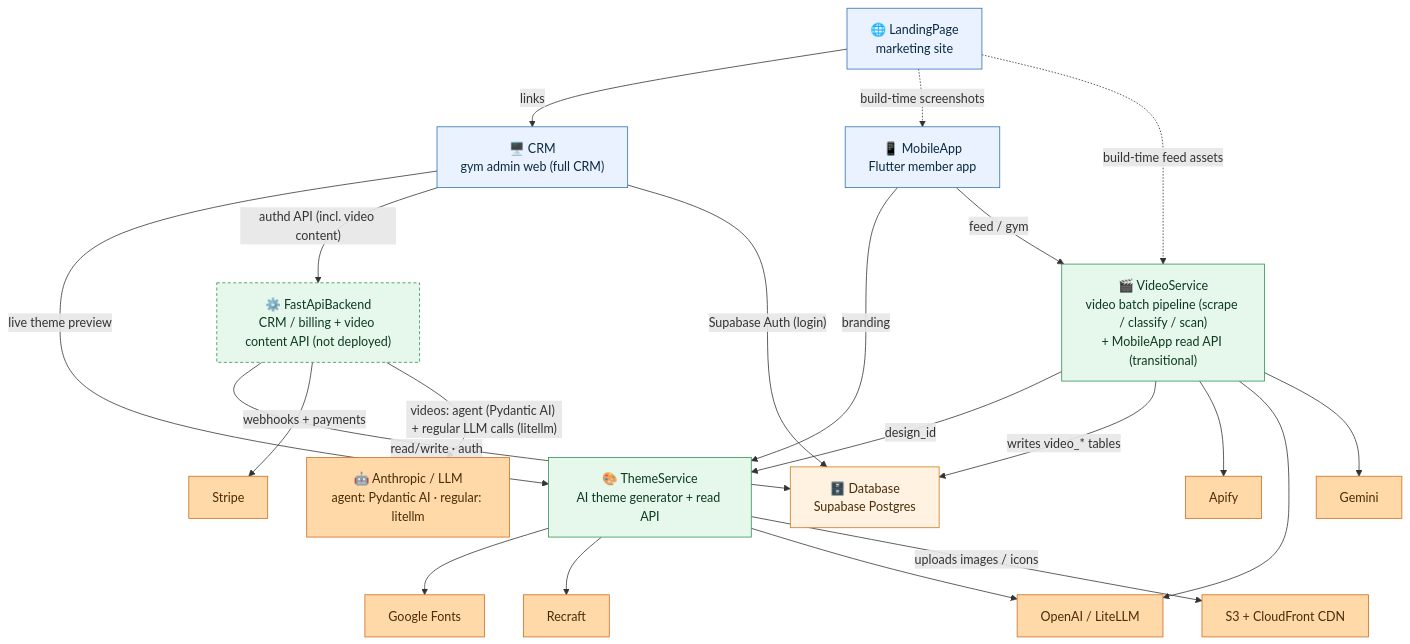
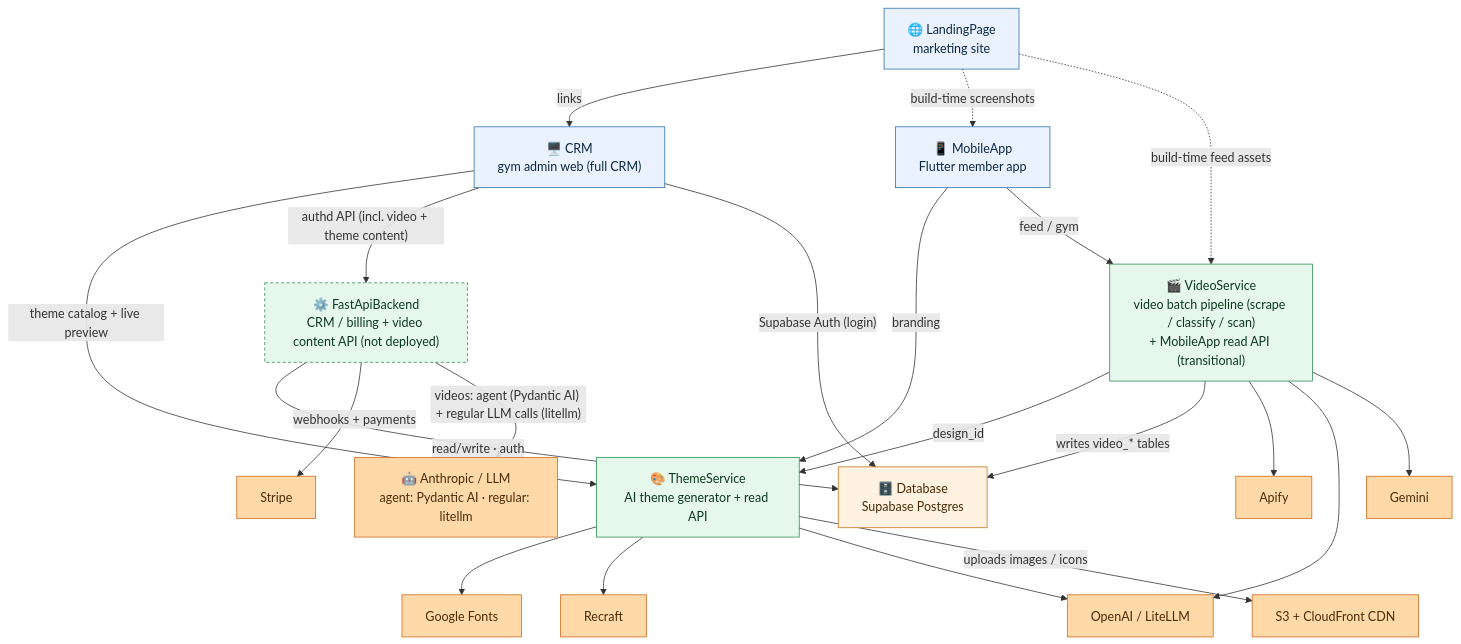
One commit to jesse51002/CombatDen changed the diagram in README.md. Above: the diagram before and after it, drawn with Mermaid. The commit also changed other lines of this file and 7 other files, not shown here.

First line of the commit message:
Docs sweep: theme surfaces off preset tables — CLAUDE.mds, READMEs, mermaids

````diff
--- a/README.md
+++ b/README.md
@@ -16,51 +16,51 @@
 ```mermaid
 flowchart TB
   MobileApp["📱 MobileApp<br/>Flutter member app"]
   CRM["🖥️ CRM<br/>gym admin web (full CRM)"]
   LandingPage["🌐 LandingPage<br/>marketing site"]
 
   ThemeService["🎨 ThemeService<br/>AI theme generator + read API"]
   VideoService["🎬 VideoService<br/>video batch pipeline (scrape / classify / scan)<br/>+ MobileApp read API (transitional)"]
   FastApiBackend["⚙️ FastApiBackend<br/>CRM / billing + video content API (not deployed)"]
 
   Database["🗄️ Database<br/>Supabase Postgres"]
   Stripe["Stripe"]
   LiteLLM["OpenAI / LiteLLM"]
   Gemini["Gemini"]
   Apify["Apify"]
   GoogleFonts["Google Fonts"]
   Recraft["Recraft"]
   CDN["S3 + CloudFront CDN"]
   LLMProvider["🤖 Anthropic / LLM<br/>agent: Pydantic AI · regular: litellm"]
 
   MobileApp -->|"branding"| ThemeService
   MobileApp -->|"feed / gym"| VideoService
-  CRM -->|"live theme preview"| ThemeService
-  CRM -->|"authd API (incl. video content)"| FastApiBackend
+  CRM -->|"theme catalog + live preview"| ThemeService
+  CRM -->|"authd API (incl. video + theme content)"| FastApiBackend
   CRM -->|"Supabase Auth (login)"| Database
   LandingPage -->|"links"| CRM
   LandingPage -.->|"build-time screenshots"| MobileApp
   LandingPage -.->|"build-time feed assets"| VideoService
   VideoService -->|"design_id"| ThemeService
   FastApiBackend -->|"read/write · auth"| Database
   VideoService -->|"writes video_* tables"| Database
   FastApiBackend -->|"webhooks + payments"| Stripe
   FastApiBackend -->|"videos: agent (Pydantic AI) + regular LLM calls (litellm)"| LLMProvider
   VideoService --> Apify
   VideoService --> LiteLLM
   VideoService --> Gemini
   ThemeService --> GoogleFonts
   ThemeService --> Recraft
   ThemeService --> LiteLLM
   ThemeService -->|"uploads images / icons"| CDN
 
   classDef client fill:#eaf2ff,stroke:#2f6fb0,color:#0b2942;
   classDef service fill:#e6f7ec,stroke:#2f8f53,color:#0c3a1f;
   classDef data fill:#fff2e0,stroke:#c9781f,color:#4a2c08;
   classDef ext fill:#ffd9a8,stroke:#d2691e,color:#4a2c08;
   class MobileApp,CRM,LandingPage client;
   class ThemeService,VideoService,FastApiBackend service;
   class Database data;
   class Stripe,LiteLLM,Gemini,Apify,GoogleFonts,Recraft,CDN,LLMProvider ext;
   style FastApiBackend stroke-dasharray:4 3;
 ```
````
